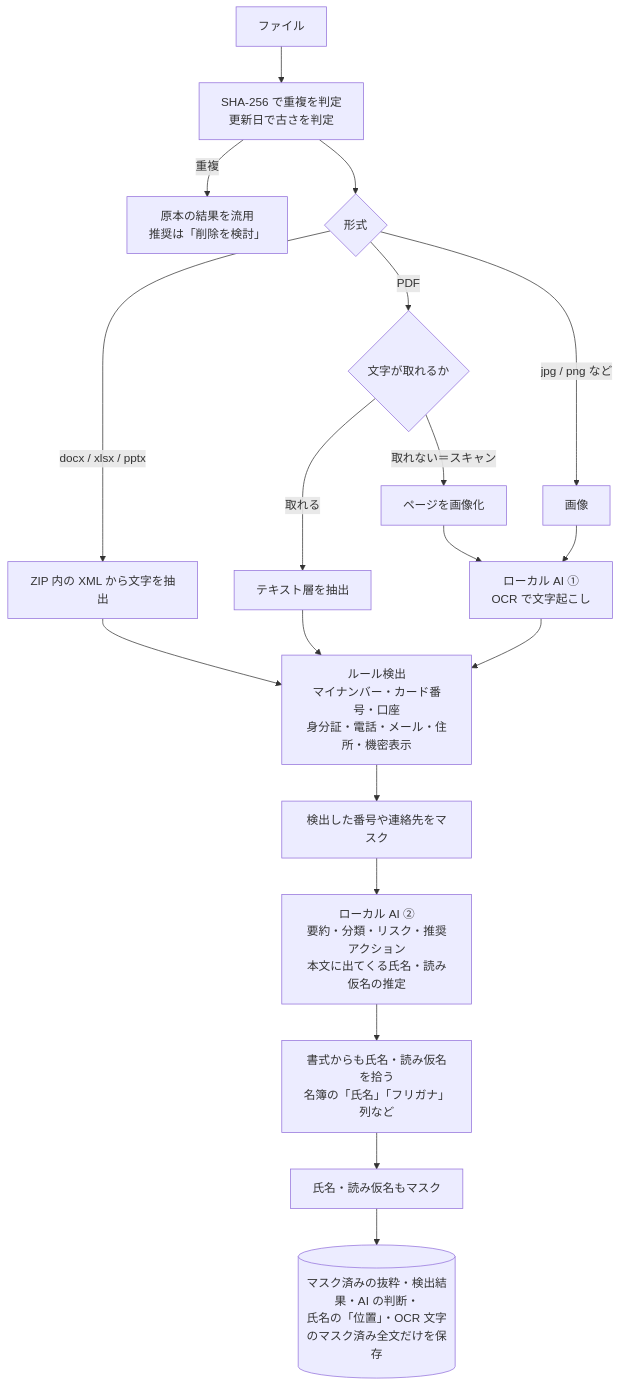
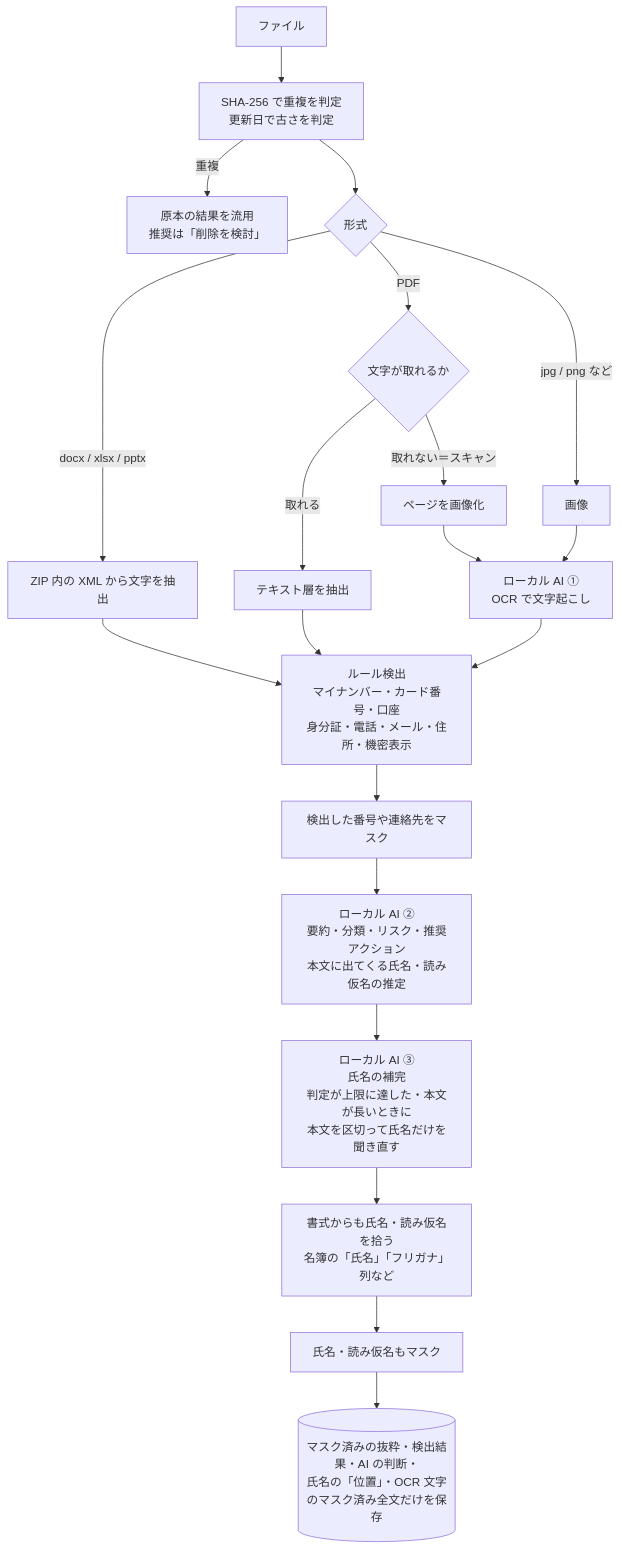
Before and after one commit to Takashi-Matsumura/filechecker-demo: the second of 2 diagrams in README.md, drawn with Mermaid. The commit also changed other lines of this file, not shown here.

First line of the commit message:
docs: README に AI の分析の絞り込み・氏名の補完・評価の結果を追記する

````diff
--- a/README.md
+++ b/README.md
@@ -89,21 +89,22 @@
 ```mermaid
 flowchart TD
   A[ファイル] --> H[SHA-256 で重複を判定<br/>更新日で古さを判定]
   H -->|重複| R[原本の結果を流用<br/>推奨は「削除を検討」]
   H --> E{形式}
   E -->|docx / xlsx / pptx| O[ZIP 内の XML から文字を抽出]
   E -->|PDF| P{文字が取れるか}
   P -->|取れる| PT[テキスト層を抽出]
   P -->|取れない＝スキャン| PI[ページを画像化]
   E -->|jpg / png など| IM[画像]
   PI --> OCR[ローカル AI ①<br/>OCR で文字起こし]
   IM --> OCR
   O --> RULE
   PT --> RULE
   OCR --> RULE[ルール検出<br/>マイナンバー・カード番号・口座<br/>身分証・電話・メール・住所・機密表示]
   RULE --> MASK1[検出した番号や連絡先をマスク]
   MASK1 --> AI[ローカル AI ②<br/>要約・分類・リスク・推奨アクション<br/>本文に出てくる氏名・読み仮名の推定]
-  AI --> NAMES[書式からも氏名・読み仮名を拾う<br/>名簿の「氏名」「フリガナ」列など]
+  AI --> MORE[ローカル AI ③<br/>氏名の補完<br/>判定が上限に達した・本文が長いときに<br/>本文を区切って氏名だけを聞き直す]
+  MORE --> NAMES[書式からも氏名・読み仮名を拾う<br/>名簿の「氏名」「フリガナ」列など]
   NAMES --> MASK2[氏名・読み仮名もマスク]
   MASK2 --> DB[(マスク済みの抜粋・検出結果・AI の判断・<br/>氏名の「位置」・OCR 文字のマスク済み全文だけを保存)]
 ```
````
